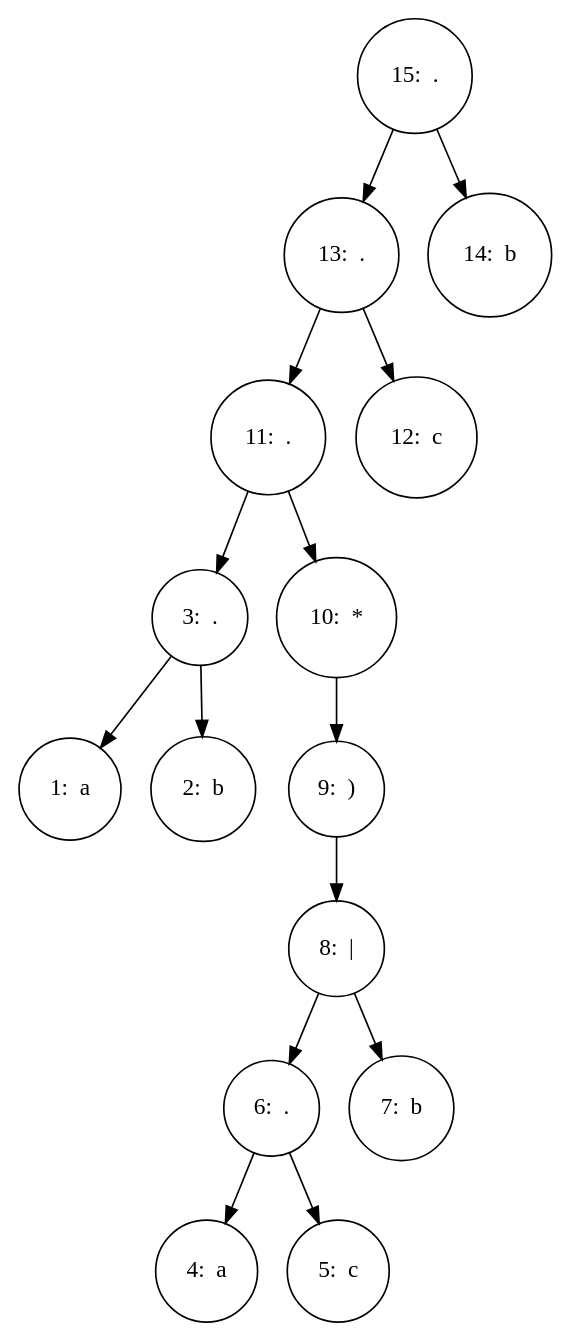
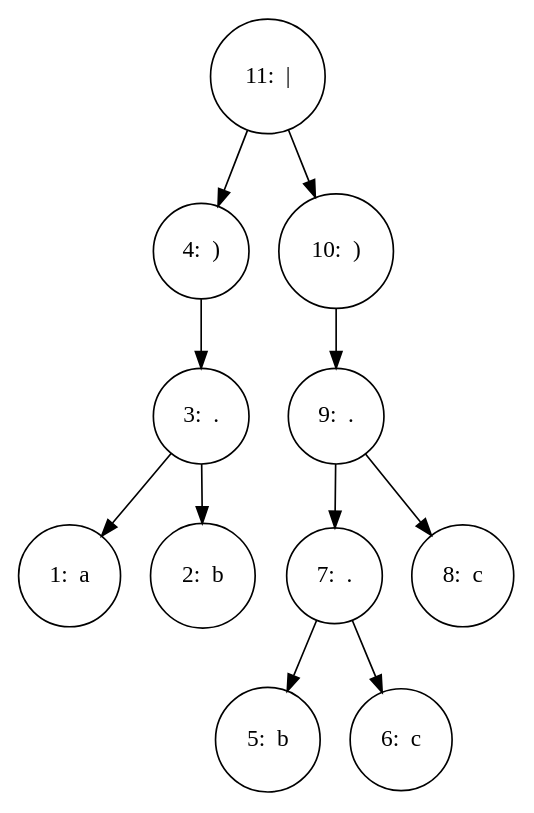
Before and after one commit to grvaldes/Compilateur_C: the diagram in files/tree.dot, drawn with Graphviz. The commit also changed 9 other files, not shown here.

```diff
--- a/files/tree.dot
+++ b/files/tree.dot
@@ -1,32 +1,24 @@
 digraph SyntaxTree {
   node [shape=circle];
-  node14 [label="15:  ."];
-  node14 -> node12 [label=""];
-  node12 [label="13:  ."];
-  node12 -> node10 [label=""];
-  node10 [label="11:  ."];
-  node10 -> node2 [label=""];
+  node10 [label="11:  |"];
+  node10 -> node3 [label=""];
+  node3 [label="4:  )"];
+  node3 -> node2 [label=""];
   node2 [label="3:  ."];
   node2 -> node0 [label=""];
   node0 [label="1:  a"];
   node2 -> node1 [label=""];
   node1 [label="2:  b"];
   node10 -> node9 [label=""];
-  node9 [label="10:  *"];
+  node9 [label="10:  )"];
   node9 -> node8 [label=""];
-  node8 [label="9:  )"];
+  node8 [label="9:  ."];
+  node8 -> node6 [label=""];
+  node6 [label="7:  ."];
+  node6 -> node4 [label=""];
+  node4 [label="5:  b"];
+  node6 -> node5 [label=""];
+  node5 [label="6:  c"];
   node8 -> node7 [label=""];
-  node7 [label="8:  |"];
-  node7 -> node5 [label=""];
-  node5 [label="6:  ."];
-  node5 -> node3 [label=""];
-  node3 [label="4:  a"];
-  node5 -> node4 [label=""];
-  node4 [label="5:  c"];
-  node7 -> node6 [label=""];
-  node6 [label="7:  b"];
-  node12 -> node11 [label=""];
-  node11 [label="12:  c"];
-  node14 -> node13 [label=""];
-  node13 [label="14:  b"];
+  node7 [label="8:  c"];
 }
```
